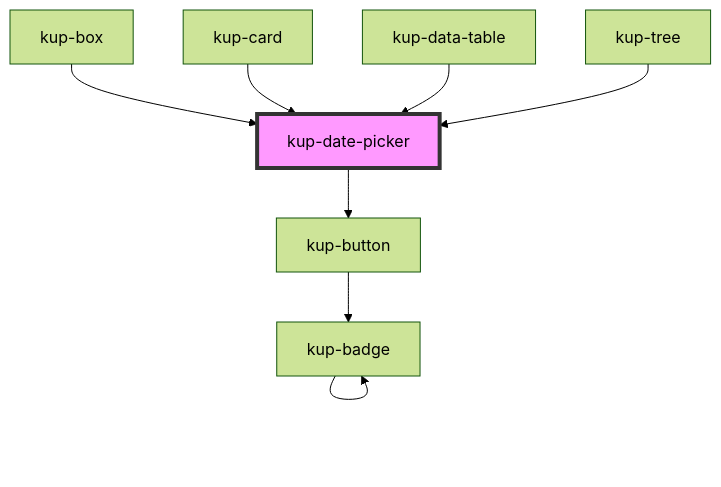
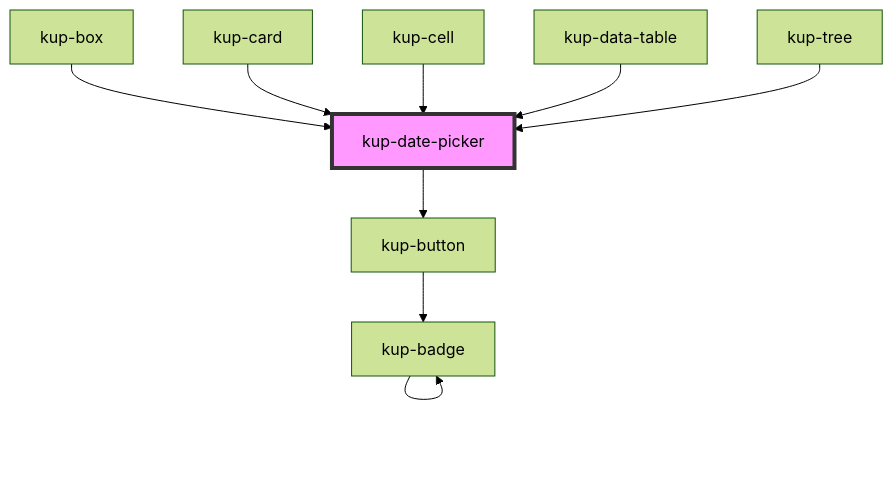
One commit to smeup/ketchup changed the diagram in packages/ketchup/src/components/kup-date-picker/readme.md. Above: the diagram before and after it, drawn with Mermaid (forest theme). The commit also changed other lines of this file and 12 other files, not shown here.

````diff
--- a/packages/ketchup/src/components/kup-date-picker/readme.md
+++ b/packages/ketchup/src/components/kup-date-picker/readme.md
@@ -99,11 +100,12 @@
 ```mermaid
 graph TD;
   kup-date-picker --> kup-button
   kup-button --> kup-badge
   kup-badge --> kup-badge
   kup-box --> kup-date-picker
   kup-card --> kup-date-picker
+  kup-cell --> kup-date-picker
   kup-data-table --> kup-date-picker
   kup-tree --> kup-date-picker
   style kup-date-picker fill:#f9f,stroke:#333,stroke-width:4px
 ```
````
